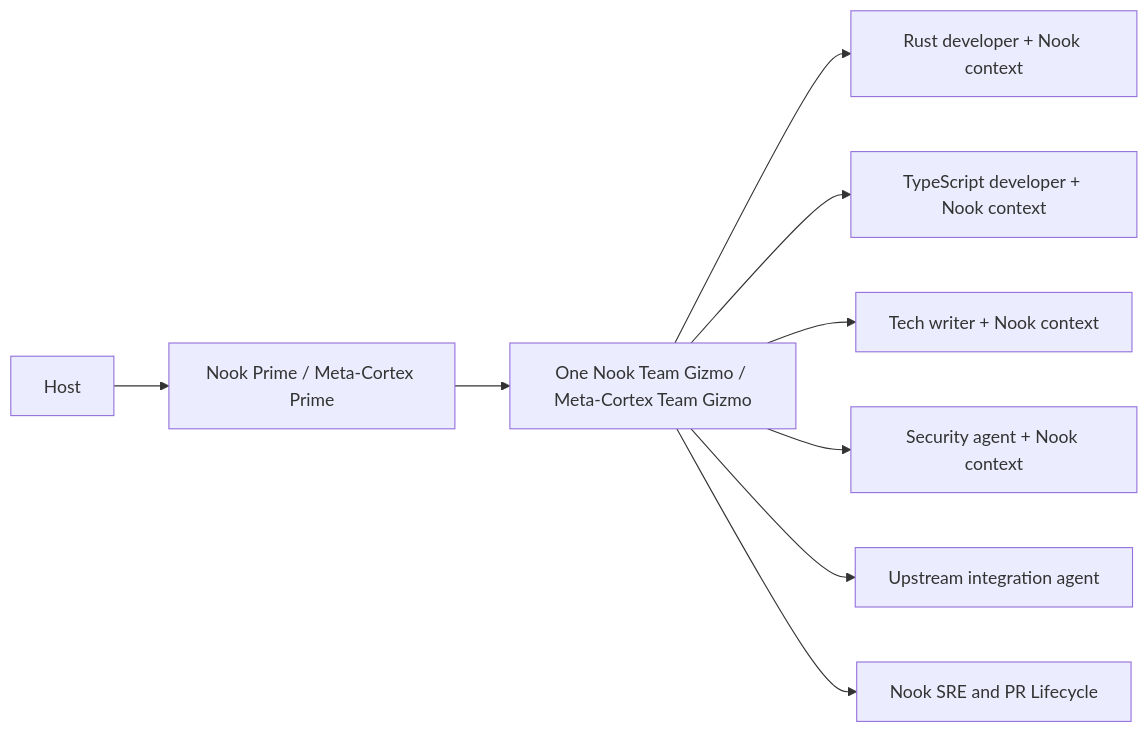
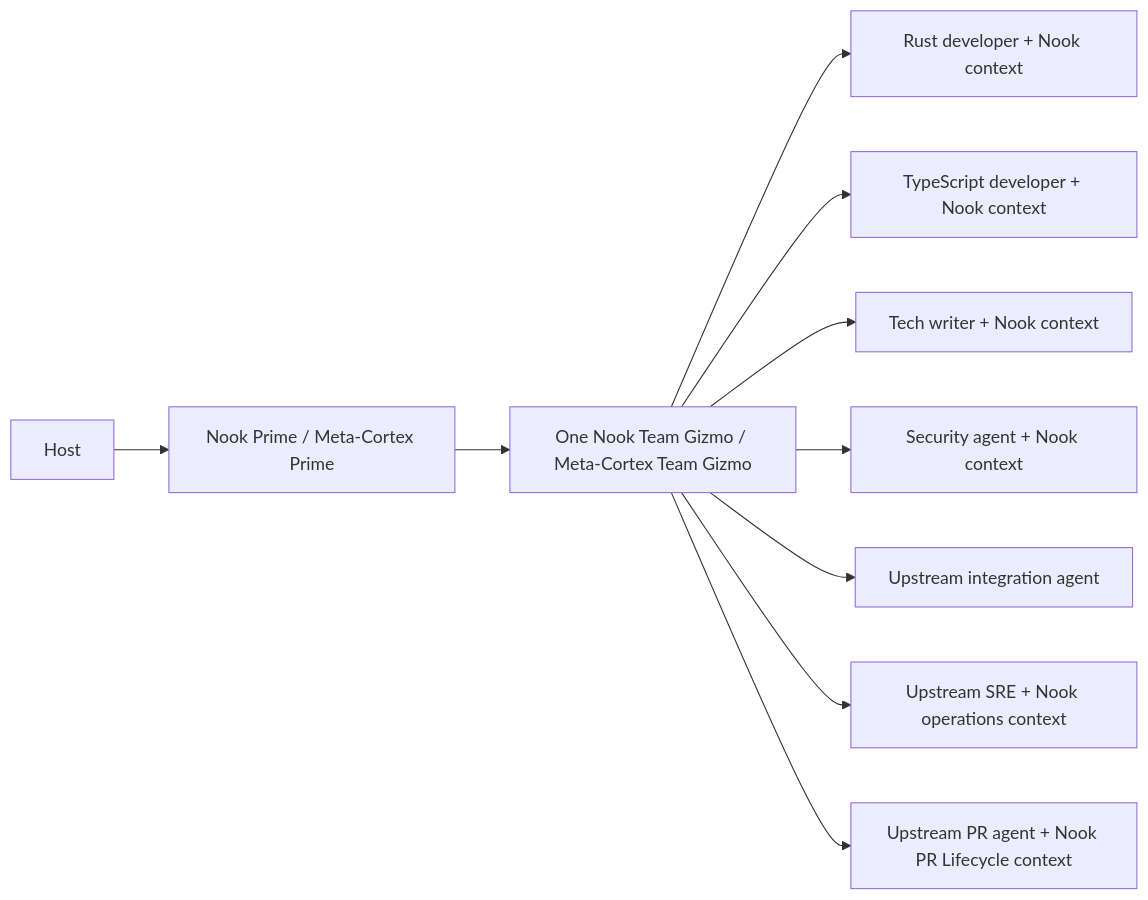
Before and after one commit to meta-secret/nook: the first of 2 diagrams in .cortex/gizmo-prime/architecture/multiagent-delivery-diagrams.md, drawn with Mermaid. The commit also changed 36 other files, not shown here.

````diff
--- a/.cortex/gizmo-prime/architecture/multiagent-delivery-diagrams.md
+++ b/.cortex/gizmo-prime/architecture/multiagent-delivery-diagrams.md
@@ -9,11 +9,12 @@
 ```mermaid
 flowchart LR
     Host --> Prime["Nook Prime / Meta-Cortex Prime"]
     Prime --> Team["One Nook Team Gizmo / Meta-Cortex Team Gizmo"]
     Team --> Rust["Rust developer + Nook context"]
     Team --> TS["TypeScript developer + Nook context"]
     Team --> Writer["Tech writer + Nook context"]
     Team --> Security["Security agent + Nook context"]
     Team --> Integration["Upstream integration agent"]
-    Team --> Operations["Nook SRE and PR Lifecycle"]
+    Team --> Operations["Upstream SRE + Nook operations context"]
+    Team --> PR["Upstream PR agent + Nook PR Lifecycle context"]
 ```
````
